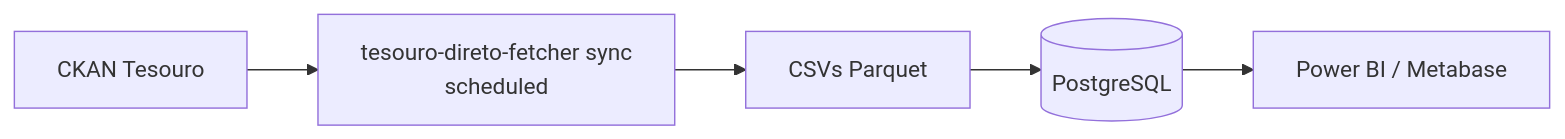
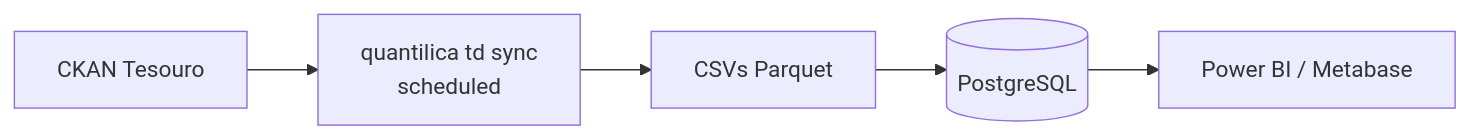
The second of 2 diagrams in docs/tesouro/index.md (Quantilica/docs), drawn with Mermaid before and after one commit. The commit also changed other lines of this file and 22 other files, not shown here.

````diff
--- a/docs/tesouro/index.md
+++ b/docs/tesouro/index.md
@@ -40,7 +40,7 @@
 ```mermaid
 graph LR
-    A[CKAN Tesouro] --> B[tesouro-direto-fetcher sync<br/>scheduled]
+    A[CKAN Tesouro] --> B[quantilica td sync<br/>scheduled]
     B --> C[CSVs Parquet]
     C --> D[(PostgreSQL)]
     D --> E[Power BI / Metabase]
 ```
````
